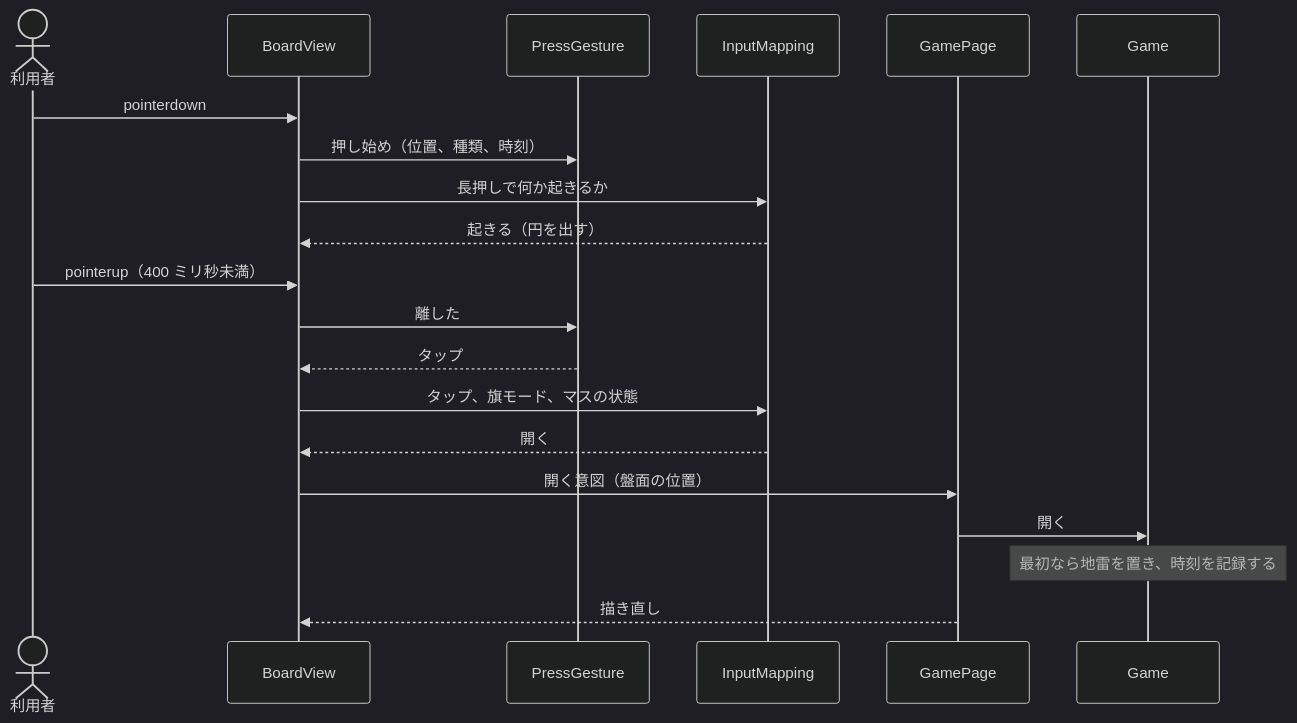
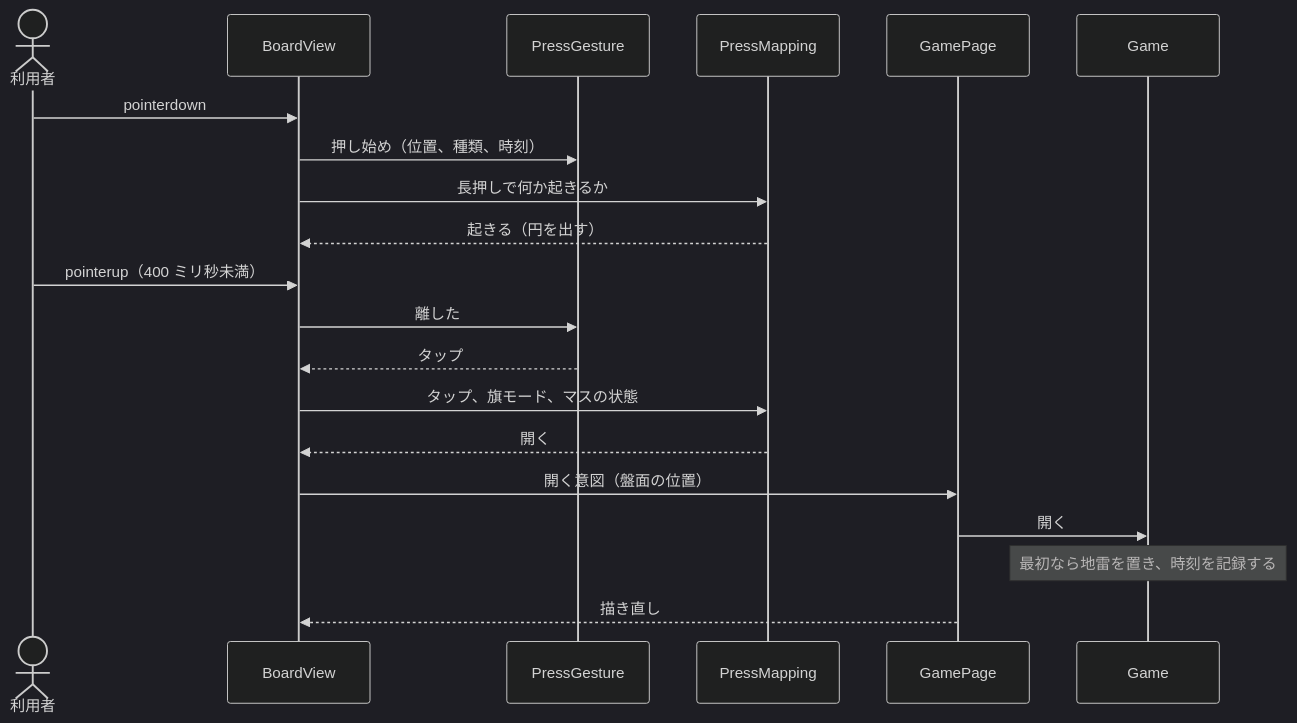
The seventh of 10 diagrams in docs/04-architecture.md (Fujiwo/Shos.Minesweeper), drawn with Mermaid (dark theme) before and after one commit. The commit also changed other lines of this file and 11 other files, not shown here.

First line of the commit message:
Refactor InputMapping to PressMapping and move BestTimesJson to GameLogic

````diff
--- a/docs/04-architecture.md
+++ b/docs/04-architecture.md
@@ -346,22 +346,22 @@
 ```mermaid
 sequenceDiagram
     actor User as 利用者
     participant BV as BoardView
     participant PG as PressGesture
-    participant IM as InputMapping
+    participant IM as PressMapping
     participant GamePage
     participant Game
     User->>BV: pointerdown
     BV->>PG: 押し始め（位置、種類、時刻）
     BV->>IM: 長押しで何か起きるか
     IM-->>BV: 起きる（円を出す）
     User->>BV: pointerup（400 ミリ秒未満）
     BV->>PG: 離した
     PG-->>BV: タップ
     BV->>IM: タップ、旗モード、マスの状態
     IM-->>BV: 開く
     BV->>GamePage: 開く意図（盤面の位置）
     GamePage->>Game: 開く
     Note over Game: 最初なら地雷を置き、時刻を記録する
     GamePage-->>BV: 描き直し
 ```
````
